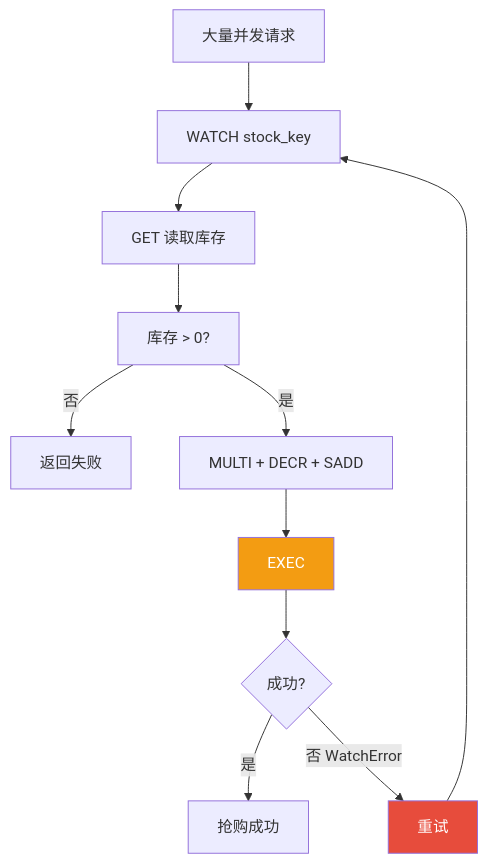
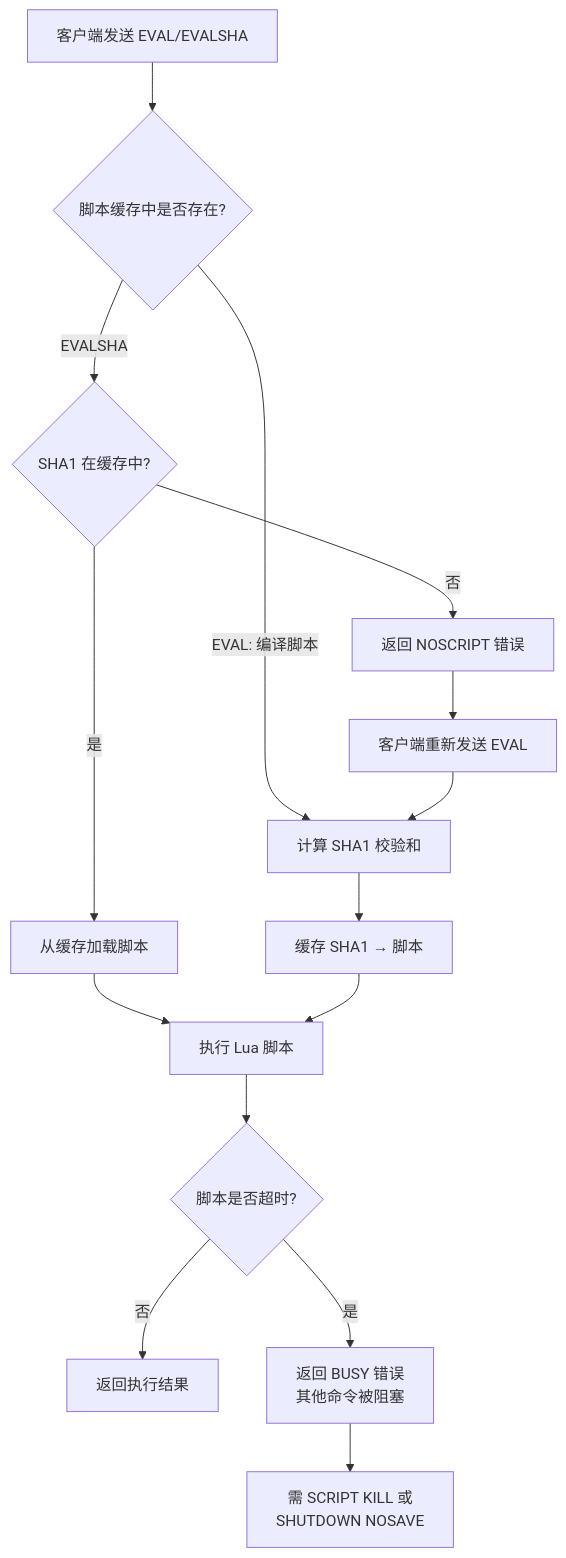
Before and after one commit to moklgydocs/moklgydocs.github.io: the second of 2 diagrams in src/后端开发/Redis/07_高级特性/01_事务与WATCH.md, drawn with Mermaid. The commit also changed other lines of this file and 14 other files, not shown here.

````diff
--- a/src/后端开发/Redis/07_高级特性/01_事务与WATCH.md
+++ b/src/后端开发/Redis/07_高级特性/01_事务与WATCH.md
@@ -626,18 +424,17 @@
 ```mermaid
 flowchart TD
-    A[大量并发请求] --> B[WATCH stock_key]
-    B --> C[GET 读取库存]
-    C --> D[库存 > 0?]
-    D -->|否| E[返回失败]
-    D -->|是| F[MULTI + DECR + SADD]
-    F --> G[EXEC]
-
-    G --> H{成功?}
-    H -->|是| I[抢购成功]
-    H -->|否 WatchError| J[重试]
-
-    J --> B
-
-    style G fill:#f39c12,color:#fff
-    style J fill:#e74c3c,color:#fff
+    A[客户端发送 EVAL/EVALSHA] --> B{脚本缓存中是否存在?}
+    B -->|EVAL: 编译脚本| C[计算 SHA1 校验和]
+    B -->|EVALSHA| D{SHA1 在缓存中?}
+    D -->|是| E[从缓存加载脚本]
+    D -->|否| F[返回 NOSCRIPT 错误]
+    F --> G[客户端重新发送 EVAL]
+    G --> C
+    C --> H[缓存 SHA1 → 脚本]
+    E --> I[执行 Lua 脚本]
+    H --> I
+    I --> J{脚本是否超时?}
+    J -->|否| K[返回执行结果]
+    J -->|是| L[返回 BUSY 错误<br/>其他命令被阻塞]
+    L --> M[需 SCRIPT KILL 或<br/>SHUTDOWN NOSAVE]
 ```
````
